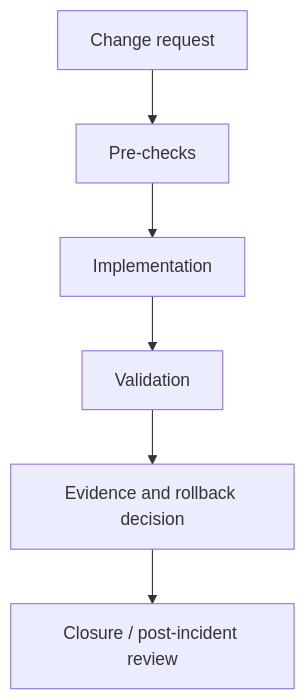
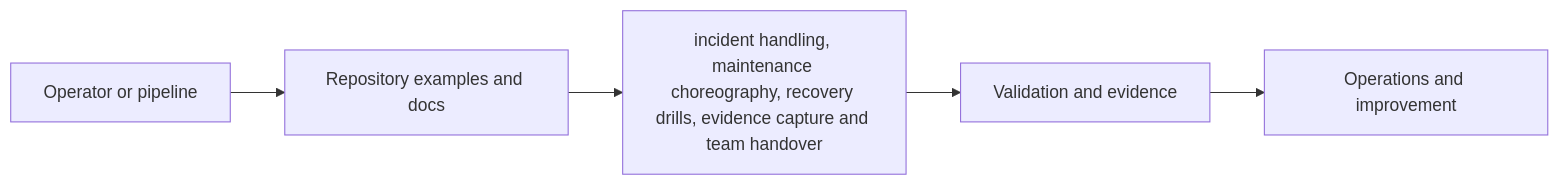
The diagram in README.md (Synedat/Seppmail-Operations-Runbooks), drawn with Mermaid before and after one commit. The commit also changed other lines of this file and 79 other files, not shown here.

````diff
--- a/README.md
+++ b/README.md
@@ -30,8 +82,7 @@
 ```mermaid
-flowchart TD
-    A[Change request] --> B[Pre-checks]
-    B --> C[Implementation]
-    C --> D[Validation]
-    D --> E[Evidence and rollback decision]
-    E --> F[Closure / post-incident review]
+flowchart LR
+    A[Operator or pipeline] --> B[Repository examples and docs]
+    B --> C[incident handling, maintenance choreography, recovery drills, evidence capture and team handover]
+    C --> D[Validation and evidence]
+    D --> E[Operations and improvement]
 ```
````
